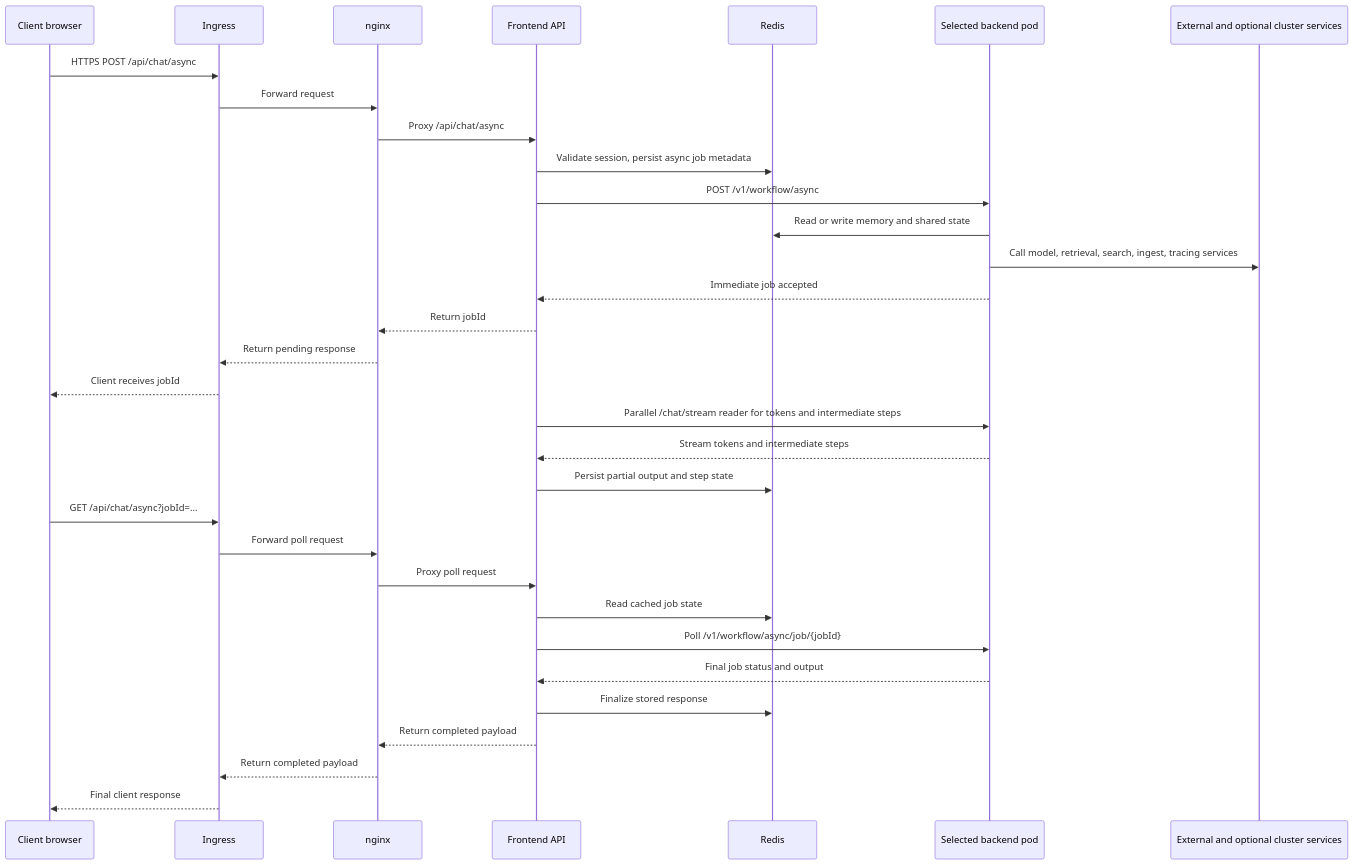
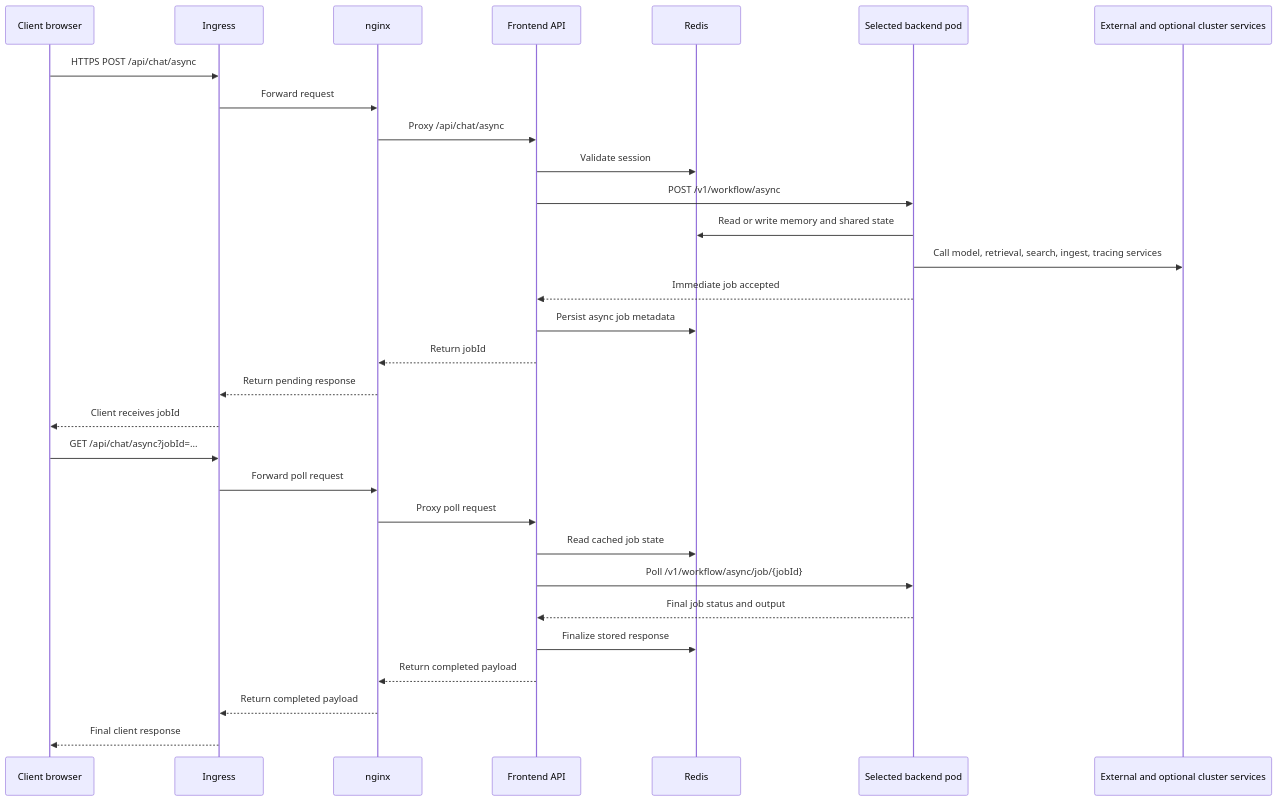
Before and after one commit to tuttlebr/daedalus-agent: the second of 2 diagrams in README.md, drawn with Mermaid. The commit also changed other lines of this file and 28 other files, not shown here.

````diff
--- a/README.md
+++ b/README.md
@@ -230,35 +236,33 @@
 ```mermaid
 sequenceDiagram
     participant C as Client browser
     participant I as Ingress
     participant N as nginx
     participant F as Frontend API
     participant R as Redis
     participant B as Selected backend pod
     participant X as External and optional cluster services
 
     C->>I: HTTPS POST /api/chat/async
     I->>N: Forward request
     N->>F: Proxy /api/chat/async
-    F->>R: Validate session, persist async job metadata
+    F->>R: Validate session
     F->>B: POST /v1/workflow/async
     B->>R: Read or write memory and shared state
     B->>X: Call model, retrieval, search, ingest, tracing services
     B-->>F: Immediate job accepted
+    F->>R: Persist async job metadata
     F-->>N: Return jobId
     N-->>I: Return pending response
     I-->>C: Client receives jobId
-    F->>B: Parallel /chat/stream reader for tokens and intermediate steps
-    B-->>F: Stream tokens and intermediate steps
-    F->>R: Persist partial output and step state
     C->>I: GET /api/chat/async?jobId=...
     I->>N: Forward poll request
     N->>F: Proxy poll request
     F->>R: Read cached job state
     F->>B: Poll /v1/workflow/async/job/{jobId}
     B-->>F: Final job status and output
     F->>R: Finalize stored response
     F-->>N: Return completed payload
     N-->>I: Return completed payload
     I-->>C: Final client response
 ```
````
